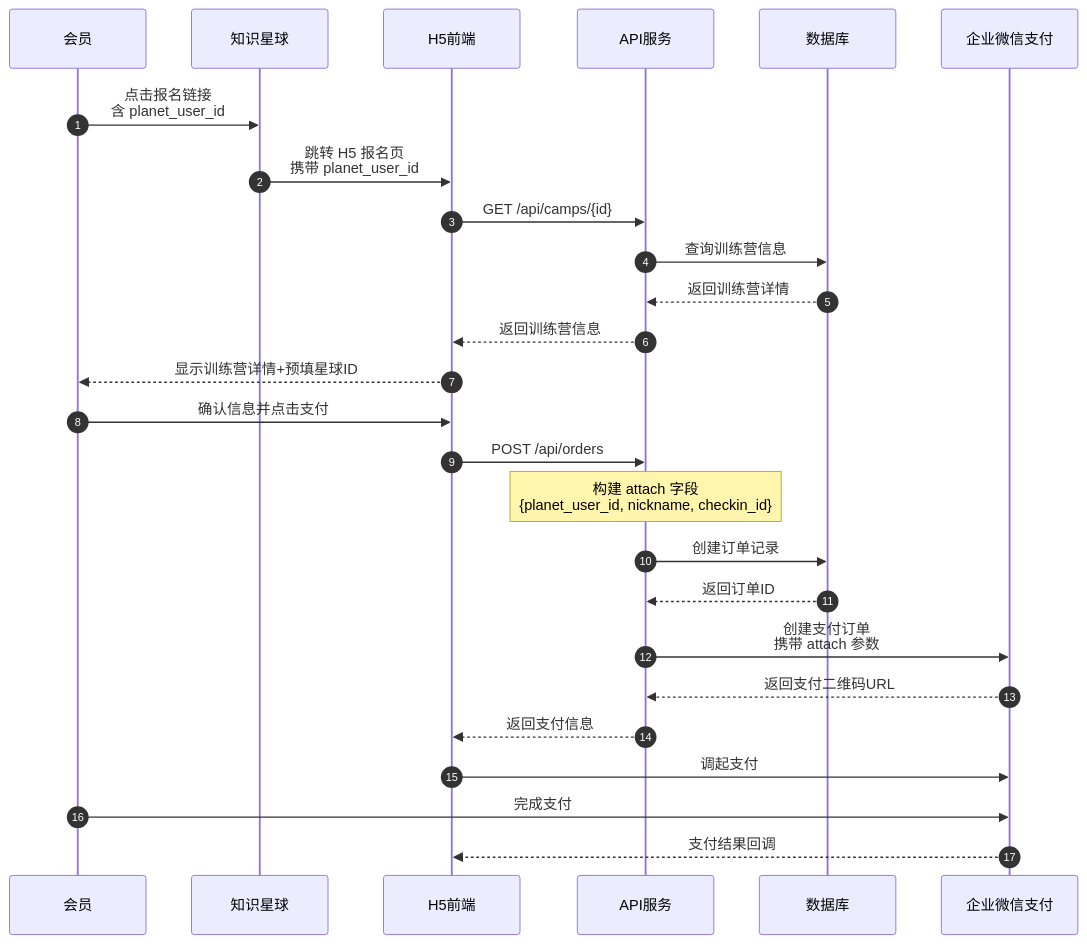
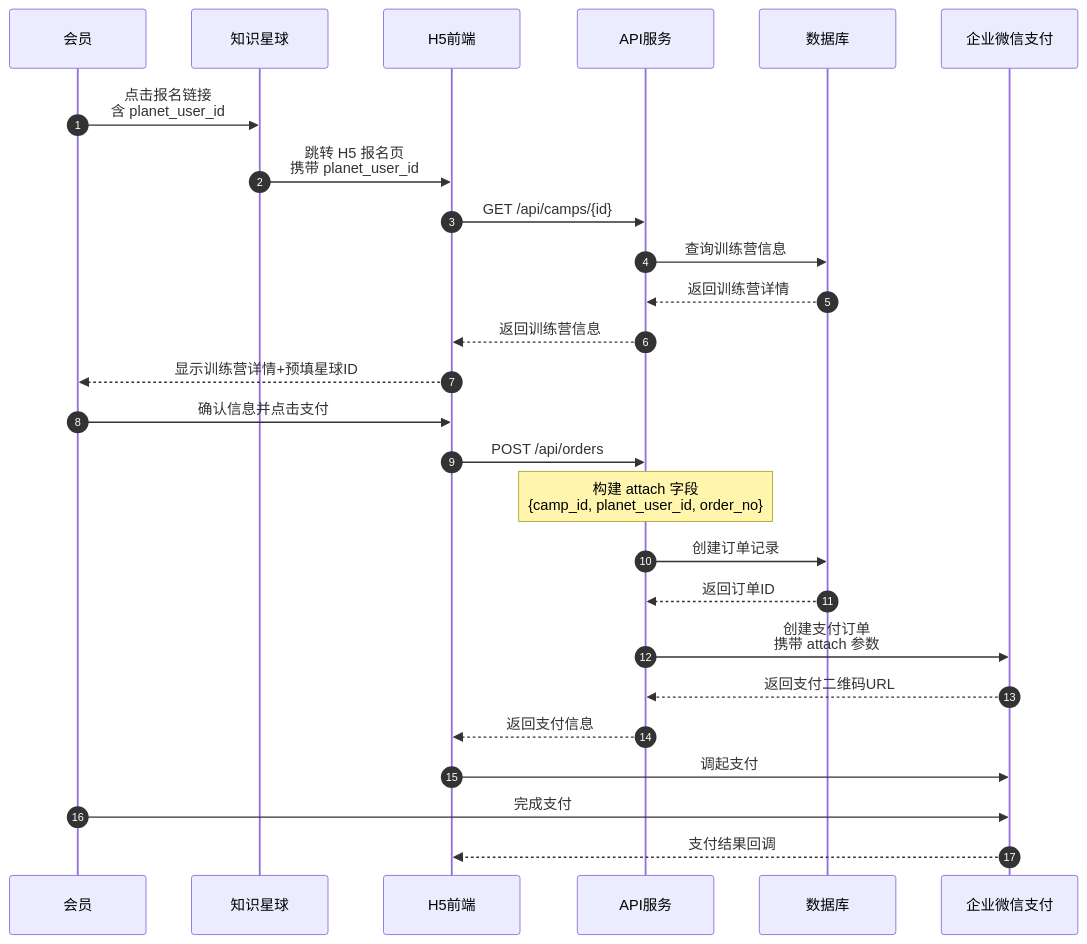
One commit to yiancode/AutoDepositRefundAgent changed diagram 18 of 54 in docs/v1/技术方案.md. Above: the diagram before and after it, drawn with Mermaid. The commit also changed other lines of this file and 2 other files, not shown here.

````diff
--- a/docs/v1/技术方案.md
+++ b/docs/v1/技术方案.md
@@ -913,30 +916,30 @@
 ```mermaid
 sequenceDiagram
     autonumber
     participant M as 会员
     participant ZSXQ as 知识星球
     participant H5 as H5前端
     participant API as API服务
     participant DB as 数据库
     participant WX as 企业微信支付
 
     M->>ZSXQ: 点击报名链接<br/>含 planet_user_id
     ZSXQ->>H5: 跳转 H5 报名页<br/>携带 planet_user_id
     H5->>API: GET /api/camps/{id}
     API->>DB: 查询训练营信息
     DB-->>API: 返回训练营详情
     API-->>H5: 返回训练营信息
     H5-->>M: 显示训练营详情+预填星球ID
 
     M->>H5: 确认信息并点击支付
     H5->>API: POST /api/orders
-    Note over API: 构建 attach 字段<br/>{planet_user_id, nickname, checkin_id}
+    Note over API: 构建 attach 字段<br/>{camp_id, planet_user_id, order_no}
     API->>DB: 创建订单记录
     DB-->>API: 返回订单ID
     API->>WX: 创建支付订单<br/>携带 attach 参数
     WX-->>API: 返回支付二维码URL
     API-->>H5: 返回支付信息
     H5->>WX: 调起支付
     M->>WX: 完成支付
     WX-->>H5: 支付结果回调
 ```
````
